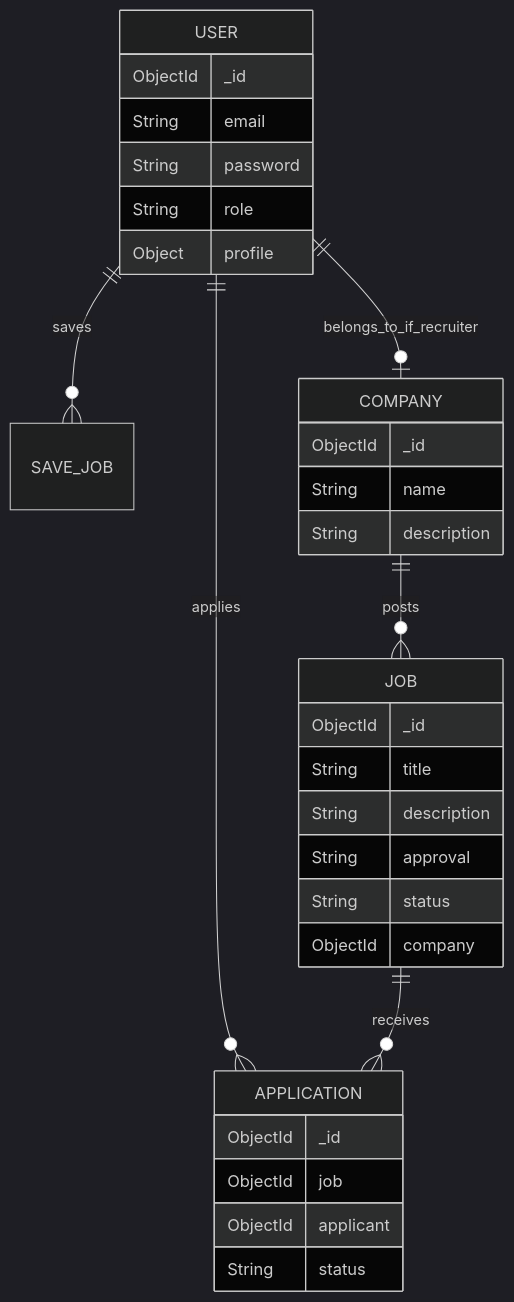
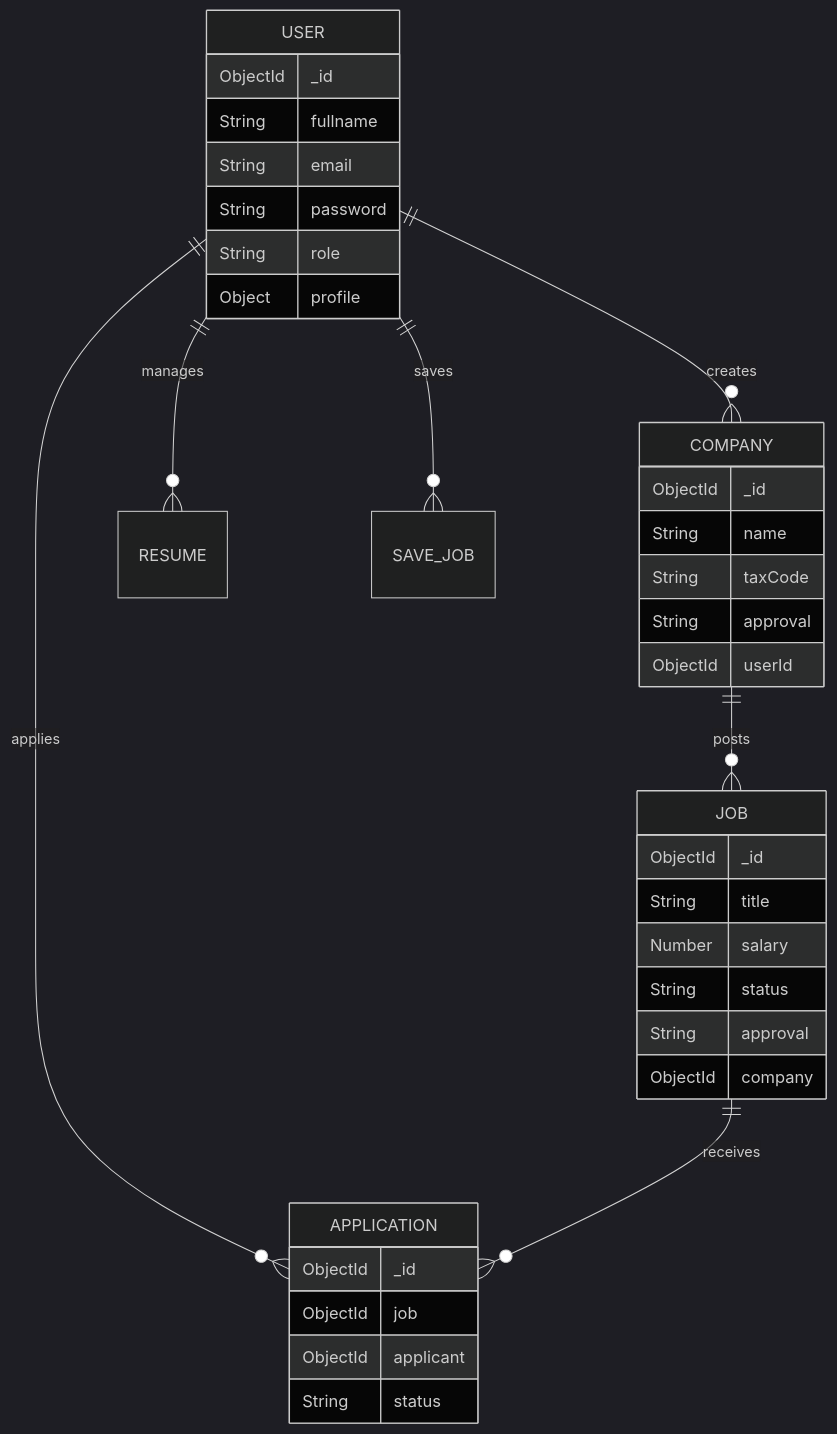
One commit to Longnewbie/VieJobs changed the second of 3 diagrams in README.md. Above: the diagram before and after it, drawn with Mermaid (dark theme). The commit also changed other lines of this file, not shown here.

````diff
--- a/README.md
+++ b/README.md
@@ -113,35 +143,42 @@
 ```mermaid
 erDiagram
+    USER ||--o{ COMPANY : creates
     USER ||--o{ APPLICATION : applies
+    USER ||--o{ RESUME : manages
     USER ||--o{ SAVE_JOB : saves
     COMPANY ||--o{ JOB : posts
     JOB ||--o{ APPLICATION : receives
-    USER ||--o| COMPANY : belongs_to_if_recruiter
-
+    
     USER {
         ObjectId _id
+        String fullname
         String email
         String password
         String role
         Object profile
     }
+    
     COMPANY {
         ObjectId _id
         String name
-        String description
+        String taxCode
+        String approval
+        ObjectId userId
     }
+    
     JOB {
         ObjectId _id
         String title
-        String description
+        Number salary
+        String status
         String approval
-        String status
         ObjectId company
     }
+    
     APPLICATION {
         ObjectId _id
         ObjectId job
         ObjectId applicant
         String status
     }
 ```
````
